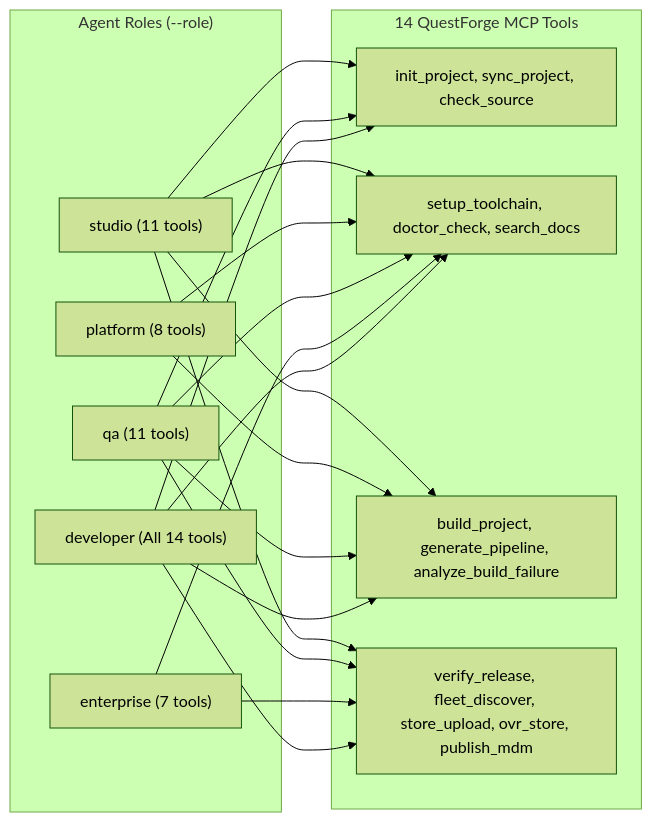
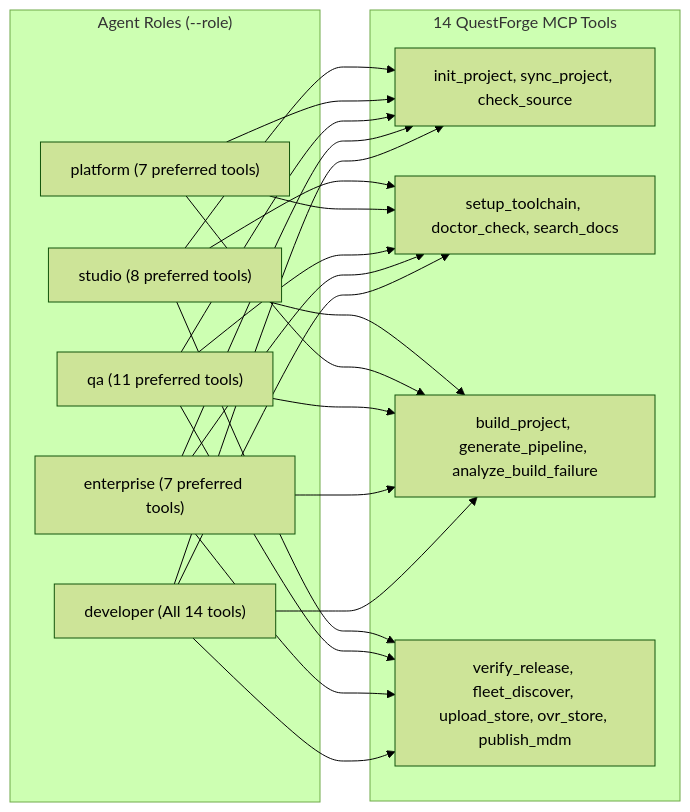
One commit to sweengineeringlabs/questforge changed the second of 2 diagrams in docs/3-design/workflow/developer.md. Above: the diagram before and after it, drawn with Mermaid (forest theme). The commit also changed other lines of this file and 25 other files, not shown here.

````diff
--- a/docs/3-design/workflow/developer.md
+++ b/docs/3-design/workflow/developer.md
@@ -44,23 +53,23 @@
 ```mermaid
 flowchart LR
     subgraph Roles["Agent Roles (--role)"]
-        Studio["studio (11 tools)"]
-        Platform["platform (8 tools)"]
-        QA["qa (11 tools)"]
-        Enterprise["enterprise (7 tools)"]
+        Studio["studio (8 preferred tools)"]
+        Platform["platform (7 preferred tools)"]
+        QA["qa (11 preferred tools)"]
+        Enterprise["enterprise (7 preferred tools)"]
         Developer["developer (All 14 tools)"]
     end
 
     subgraph Tools["14 QuestForge MCP Tools"]
         Authoring["init_project, sync_project, check_source"]
         Toolchain["setup_toolchain, doctor_check, search_docs"]
         Build["build_project, generate_pipeline, analyze_build_failure"]
-        Release["verify_release, fleet_discover, store_upload, ovr_store, publish_mdm"]
+        Release["verify_release, fleet_discover, upload_store, ovr_store, publish_mdm"]
     end
 
     Studio --> Authoring & Toolchain & Build & Release
-    Platform --> Toolchain & Build
+    Platform --> Authoring & Toolchain & Build
     QA --> Authoring & Toolchain & Build & Release
-    Enterprise --> Toolchain & Release
+    Enterprise --> Authoring & Toolchain & Build & Release
     Developer --> Authoring & Toolchain & Build & Release
 ```
````
